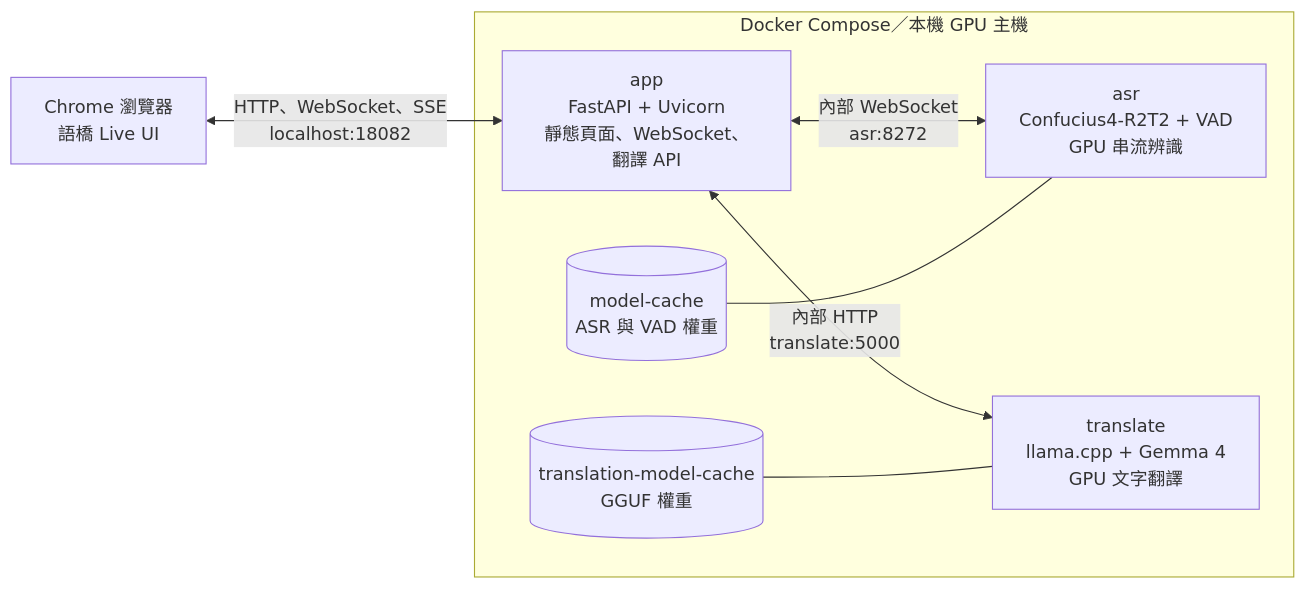
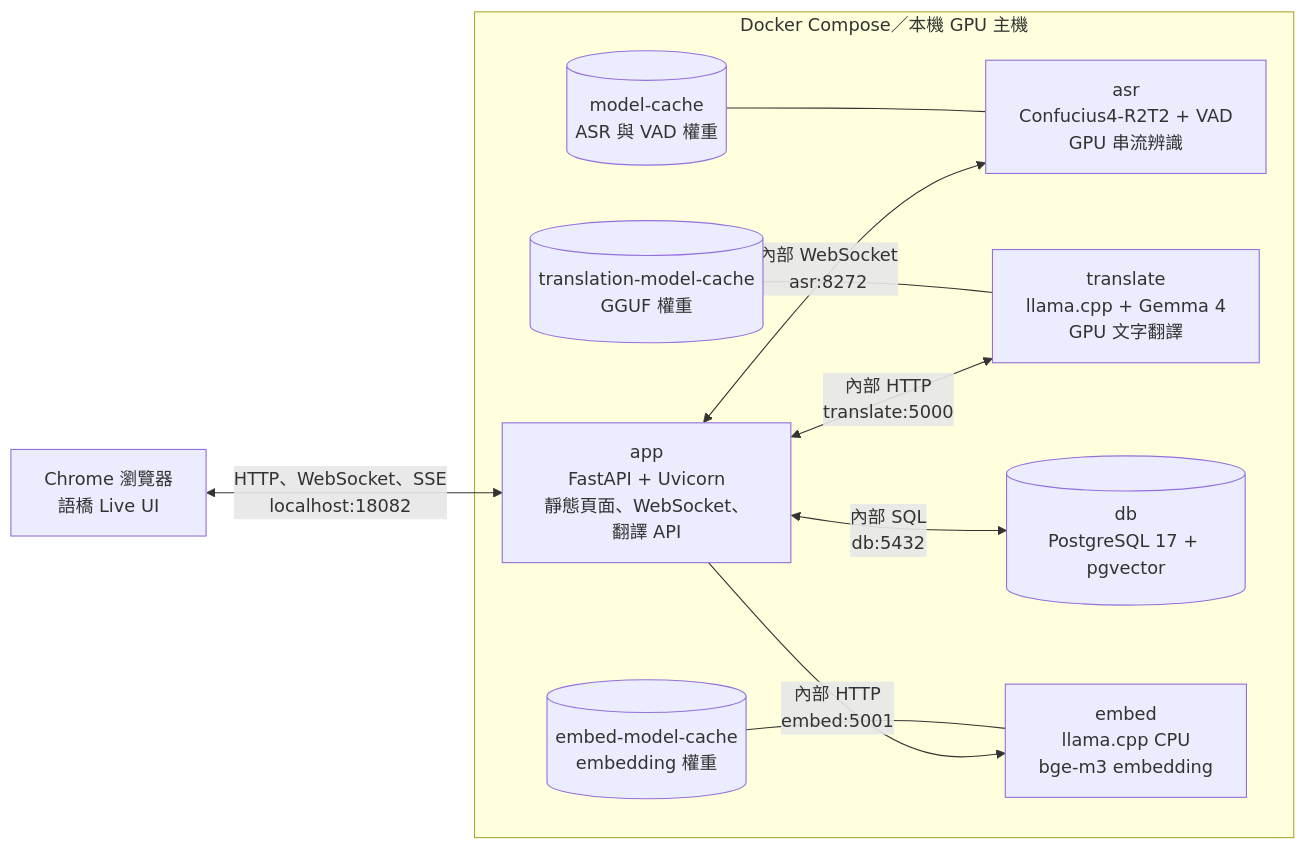
Before and after one commit to myyang19770915/LiveTranscription: the first of 3 diagrams in README.md, drawn with Mermaid. The commit also changed other lines of this file and 36 other files, not shown here.

First line of the commit message:
新增會議問答（meeting-qa，roadmap P4 ②）

````diff
--- a/README.md
+++ b/README.md
@@ -35,16 +36,22 @@
 ```mermaid
 flowchart LR
   browser[Chrome 瀏覽器<br/>語橋 Live UI]
   subgraph docker[Docker Compose／本機 GPU 主機]
     app[app<br/>FastAPI + Uvicorn<br/>靜態頁面、WebSocket、翻譯 API]
     asr[asr<br/>Confucius4-R2T2 + VAD<br/>GPU 串流辨識]
     translate[translate<br/>llama.cpp + Gemma 4<br/>GPU 文字翻譯]
     asrCache[(model-cache<br/>ASR 與 VAD 權重)]
     translateCache[(translation-model-cache<br/>GGUF 權重)]
+    db[(db<br/>PostgreSQL 17 + pgvector)]
+    embed[embed<br/>llama.cpp CPU<br/>bge-m3 embedding]
+    embedCache[(embed-model-cache<br/>embedding 權重)]
   end
   browser <-->|HTTP、WebSocket、SSE<br/>localhost:18082| app
   app <-->|內部 WebSocket<br/>asr:8272| asr
   app <-->|內部 HTTP<br/>translate:5000| translate
   asrCache --- asr
   translateCache --- translate
+  app <-->|內部 SQL<br/>db:5432| db
+  app -->|內部 HTTP<br/>embed:5001| embed
+  embedCache --- embed
 ```
````
